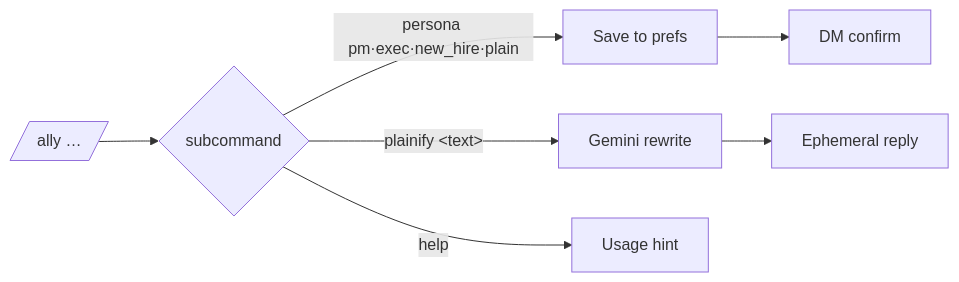
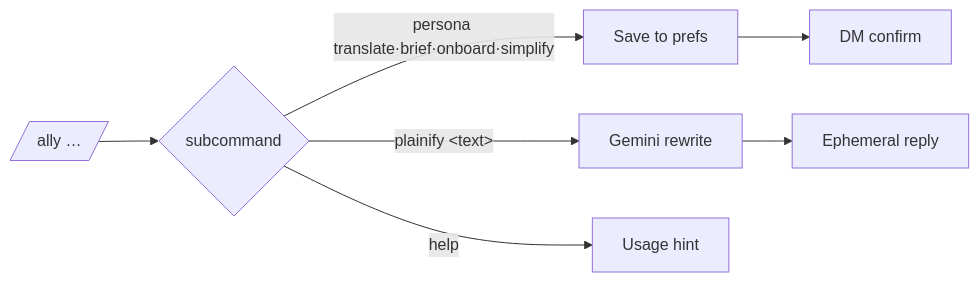
One commit to faketut/AccessibilityAlly changed the third of 5 diagrams in README.md. Above: the diagram before and after it, drawn with Mermaid. The commit also changed other lines of this file and 11 other files, not shown here.

````diff
--- a/README.md
+++ b/README.md
@@ -100,7 +100,7 @@
 ```mermaid
 flowchart LR
   U[/ally …/] --> R{subcommand}
-  R -->|persona pm·exec·new_hire·plain| P[Save to prefs] --> M1[DM confirm]
+  R -->|persona translate·brief·onboard·simplify| P[Save to prefs] --> M1[DM confirm]
   R -->|plainify &lt;text&gt;| G[Gemini rewrite] --> M2[Ephemeral reply]
   R -->|help| H[Usage hint]
 ```
````
